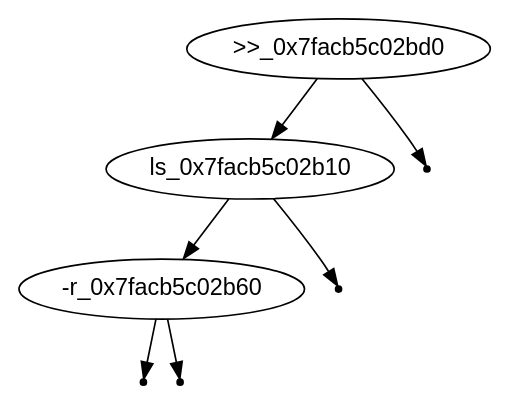
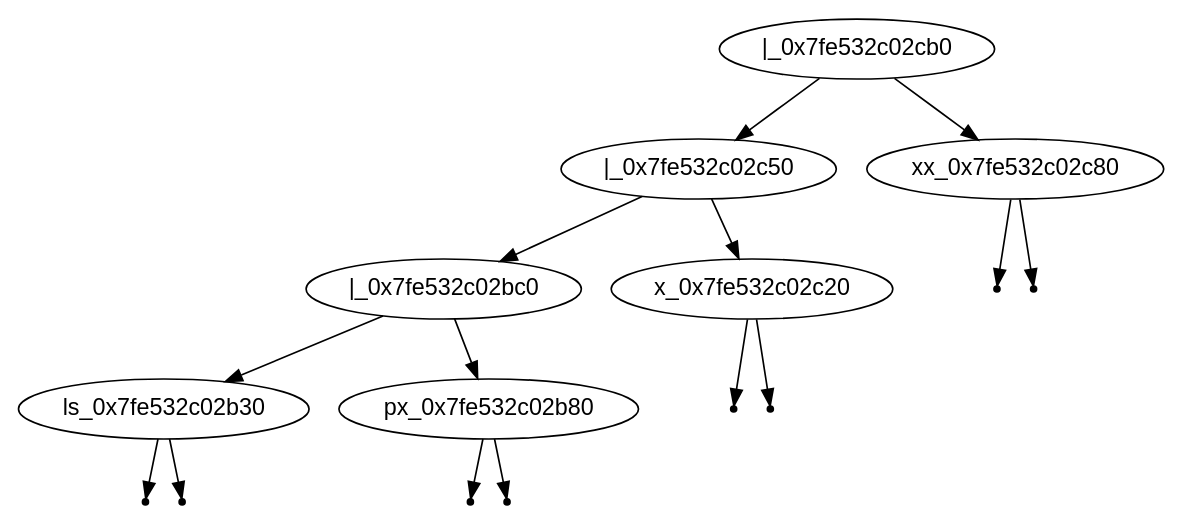
The diagram in tree.dot (ix-56h/Shelled), drawn with Graphviz before and after one commit. The commit also changed 3 other files, not shown here.

Commit message:
pipesequence done

```diff
--- a/tree.dot
+++ b/tree.dot
@@ -1,13 +1,25 @@
 digraph BST {
     node [fontname="Arial"];
-    ">>_0x7facb5c02bd0" -> "ls_0x7facb5c02b10";
-    "ls_0x7facb5c02b10" -> "-r_0x7facb5c02b60";
+    "|_0x7fe532c02cb0" -> "|_0x7fe532c02c50";
+    "|_0x7fe532c02c50" -> "|_0x7fe532c02bc0";
+    "|_0x7fe532c02bc0" -> "ls_0x7fe532c02b30";
     null0 [shape=point];
-    "-r_0x7facb5c02b60" -> null0;
+    "ls_0x7fe532c02b30" -> null0;
     null1 [shape=point];
-    "-r_0x7facb5c02b60" -> null1;
+    "ls_0x7fe532c02b30" -> null1;
+    "|_0x7fe532c02bc0" -> "px_0x7fe532c02b80";
     null2 [shape=point];
-    "ls_0x7facb5c02b10" -> null2;
+    "px_0x7fe532c02b80" -> null2;
     null3 [shape=point];
-    ">>_0x7facb5c02bd0" -> null3;
+    "px_0x7fe532c02b80" -> null3;
+    "|_0x7fe532c02c50" -> "x_0x7fe532c02c20";
+    null4 [shape=point];
+    "x_0x7fe532c02c20" -> null4;
+    null5 [shape=point];
+    "x_0x7fe532c02c20" -> null5;
+    "|_0x7fe532c02cb0" -> "xx_0x7fe532c02c80";
+    null6 [shape=point];
+    "xx_0x7fe532c02c80" -> null6;
+    null7 [shape=point];
+    "xx_0x7fe532c02c80" -> null7;
 }
```
